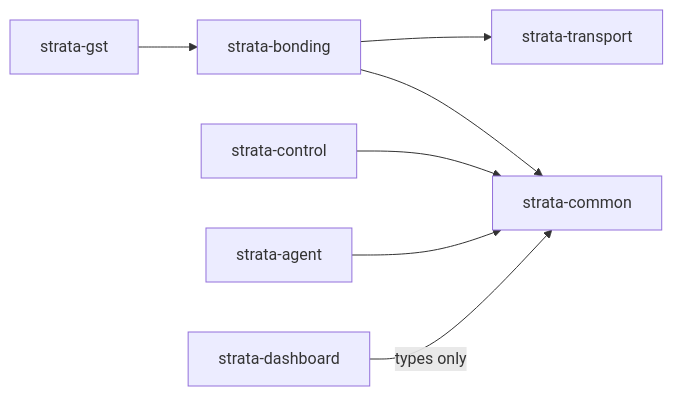
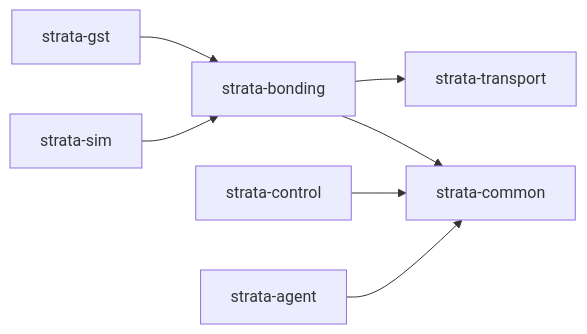
One commit to RephlexZero/strata changed the second of 2 diagrams in README.md. Above: the diagram before and after it, drawn with Mermaid. The commit also changed other lines of this file and 4 other files, not shown here.

First line of the commit message:
docs: fix mermaid rendering, update version refs, fix CI cache

````diff
--- a/README.md
+++ b/README.md
@@ -172,8 +172,8 @@
 ```mermaid
 graph LR
     strata-gst --> strata-bonding --> strata-transport
     strata-bonding --> strata-common
     strata-control --> strata-common
     strata-agent --> strata-common
-    strata-dashboard -->|types only| strata-common
+    strata-sim --> strata-bonding
 ```
````
